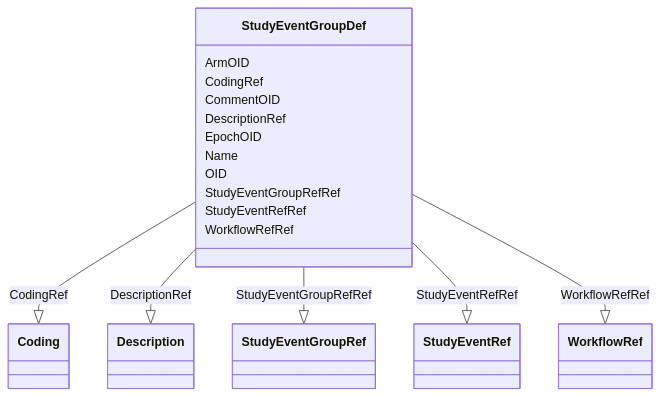
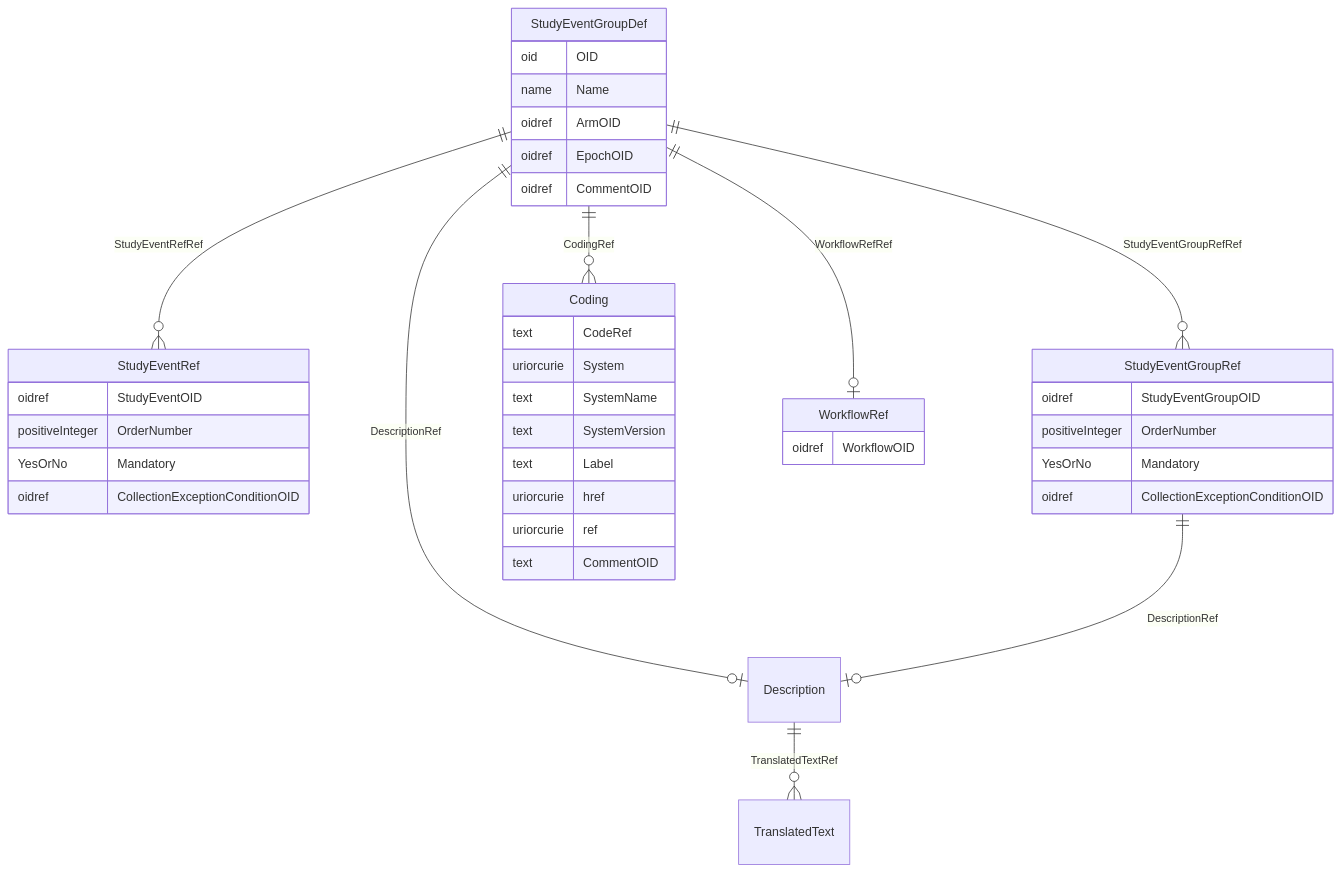
Before and after one commit to cdisc-org/DataExchange-ODM-LinkML: the diagram in docs/StudyEventGroupDef.md, drawn with Mermaid. The commit also changed other lines of this file and 181 other files, not shown here.

Commit message:
ER diagrams working via templates and removing names with underscores

````diff
--- a/docs/StudyEventGroupDef.md
+++ b/docs/StudyEventGroupDef.md
@@ -14,35 +11,47 @@
 ```mermaid
- classDiagram
-    class StudyEventGroupDef
-      StudyEventGroupDef : ArmOID
-        
-      StudyEventGroupDef : CodingRef
-        
-          StudyEventGroupDef --|> Coding : CodingRef
-        
-      StudyEventGroupDef : CommentOID
-        
-      StudyEventGroupDef : DescriptionRef
-        
-          StudyEventGroupDef --|> Description : DescriptionRef
-        
-      StudyEventGroupDef : EpochOID
-        
-      StudyEventGroupDef : Name
-        
-      StudyEventGroupDef : OID
-        
-      StudyEventGroupDef : StudyEventGroupRefRef
-        
-          StudyEventGroupDef --|> StudyEventGroupRef : StudyEventGroupRefRef
-        
-      StudyEventGroupDef : StudyEventRefRef
-        
-          StudyEventGroupDef --|> StudyEventRef : StudyEventRefRef
-        
-      StudyEventGroupDef : WorkflowRefRef
-        
-          StudyEventGroupDef --|> WorkflowRef : WorkflowRefRef
-        
-      
+erDiagram
+StudyEventGroupDef {
+    oid OID  
+    name Name  
+    oidref ArmOID  
+    oidref EpochOID  
+    oidref CommentOID  
+}
+StudyEventRef {
+    oidref StudyEventOID  
+    positiveInteger OrderNumber  
+    YesOrNo Mandatory  
+    oidref CollectionExceptionConditionOID  
+}
+StudyEventGroupRef {
+    oidref StudyEventGroupOID  
+    positiveInteger OrderNumber  
+    YesOrNo Mandatory  
+    oidref CollectionExceptionConditionOID  
+}
+Description {
+
+}
+Coding {
+    text CodeRef  
+    uriorcurie System  
+    text SystemName  
+    text SystemVersion  
+    text Label  
+    uriorcurie href  
+    uriorcurie ref  
+    text CommentOID  
+}
+WorkflowRef {
+    oidref WorkflowOID  
+}
+
+StudyEventGroupDef ||--|o Description : "DescriptionRef"
+StudyEventGroupDef ||--|o WorkflowRef : "WorkflowRefRef"
+StudyEventGroupDef ||--}o Coding : "CodingRef"
+StudyEventGroupDef ||--}o StudyEventGroupRef : "StudyEventGroupRefRef"
+StudyEventGroupDef ||--}o StudyEventRef : "StudyEventRefRef"
+StudyEventGroupRef ||--|o Description : "DescriptionRef"
+Description ||--}o TranslatedText : "TranslatedTextRef"
+
 ```
````
